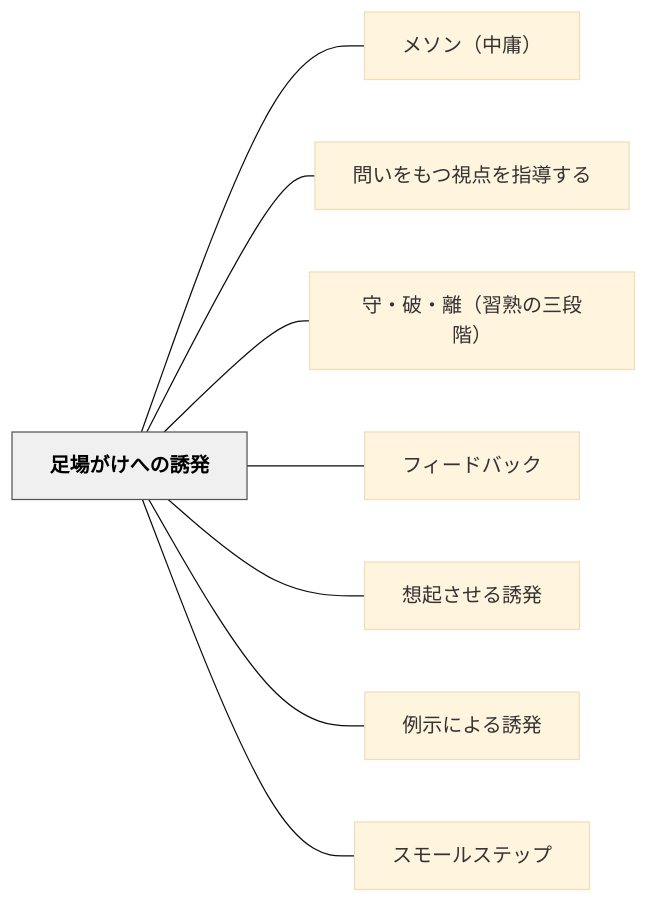
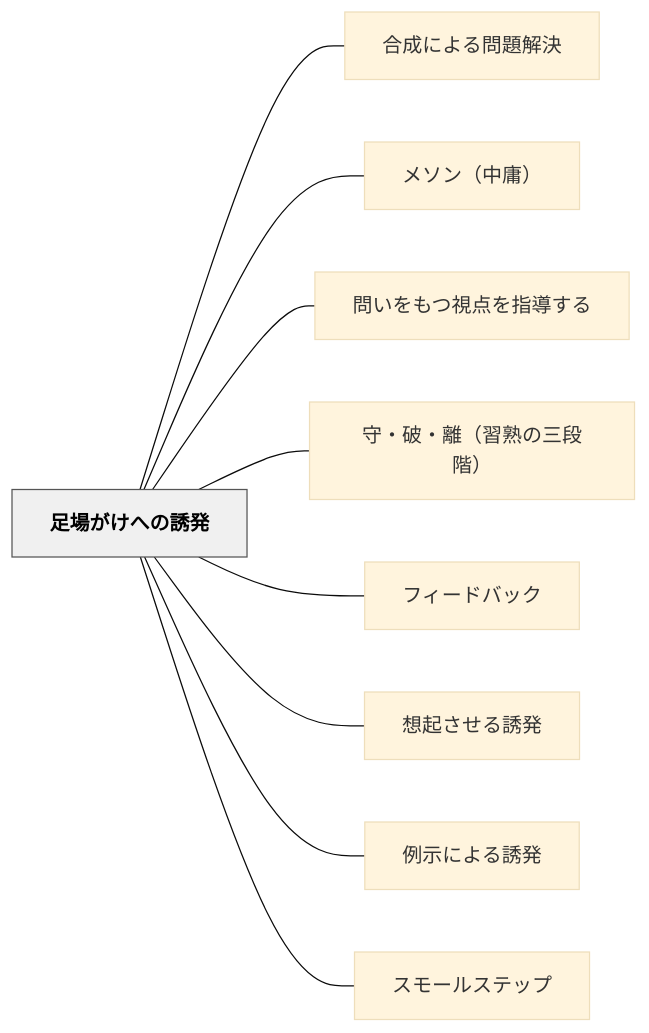
One commit to unknownthings-ed-patterns/unknownthings-ed-patterns changed the diagram in content/パタン/足場がけへの誘発.md. Above: the diagram before and after it, drawn with Mermaid (base theme). The commit also changed other lines of this file and 15 other files, not shown here.

````diff
--- a/content/パタン/足場がけへの誘発.md
+++ b/content/パタン/足場がけへの誘発.md
@@ -68,22 +69,24 @@
 ```mermaid
 flowchart LR
     ne8b6b3e5a0b4e3818ce38191e381b8e381aee8aa98e799ba["足場がけへの誘発"]
+    ne59088e68890e381abe38288e3828be5958fe9a18ce8a7a3e6b1ba["合成による問題解決"]
     ne383a1e382bde383b3efbc88e4b8ade5bab8efbc89["メソン（中庸）"]
     ne5958fe38184e38292e38282e381a4e8a696e782b9e38292e68c87e5b08ee38199e3828b["問いをもつ視点を指導する"]
     ne5ae88e383bbe7a0b4e383bbe99ba2efbc88e7bf92e7869fe381aee4b889e6aeb5e99a8eefbc89["守・破・離（習熟の三段階）"]
     ne38395e382a3e383bce38389e38390e38383e382af["フィードバック"]
     ne683b3e8b5b7e38195e3819be3828be8aa98e799ba["想起させる誘発"]
     ne4be8be7a4bae381abe38288e3828be8aa98e799ba["例示による誘発"]
     ne382b9e383a2e383bce383abe382b9e38386e38383e38397["スモールステップ"]
 
+    ne8b6b3e5a0b4e3818ce38191e381b8e381aee8aa98e799ba --- ne59088e68890e381abe38288e3828be5958fe9a18ce8a7a3e6b1ba
     ne8b6b3e5a0b4e3818ce38191e381b8e381aee8aa98e799ba --- ne383a1e382bde383b3efbc88e4b8ade5bab8efbc89
     ne8b6b3e5a0b4e3818ce38191e381b8e381aee8aa98e799ba --- ne5958fe38184e38292e38282e381a4e8a696e782b9e38292e68c87e5b08ee38199e3828b
     ne8b6b3e5a0b4e3818ce38191e381b8e381aee8aa98e799ba --- ne5ae88e383bbe7a0b4e383bbe99ba2efbc88e7bf92e7869fe381aee4b889e6aeb5e99a8eefbc89
     ne8b6b3e5a0b4e3818ce38191e381b8e381aee8aa98e799ba --- ne38395e382a3e383bce38389e38390e38383e382af
     ne8b6b3e5a0b4e3818ce38191e381b8e381aee8aa98e799ba --- ne683b3e8b5b7e38195e3819be3828be8aa98e799ba
     ne8b6b3e5a0b4e3818ce38191e381b8e381aee8aa98e799ba --- ne4be8be7a4bae381abe38288e3828be8aa98e799ba
     ne8b6b3e5a0b4e3818ce38191e381b8e381aee8aa98e799ba --- ne382b9e383a2e383bce383abe382b9e38386e38383e38397
 
     classDef hub fill:#f0f0f0,stroke:#555,color:#000,font-weight:bold
     class ne8b6b3e5a0b4e3818ce38191e381b8e381aee8aa98e799ba hub
 ```
````
